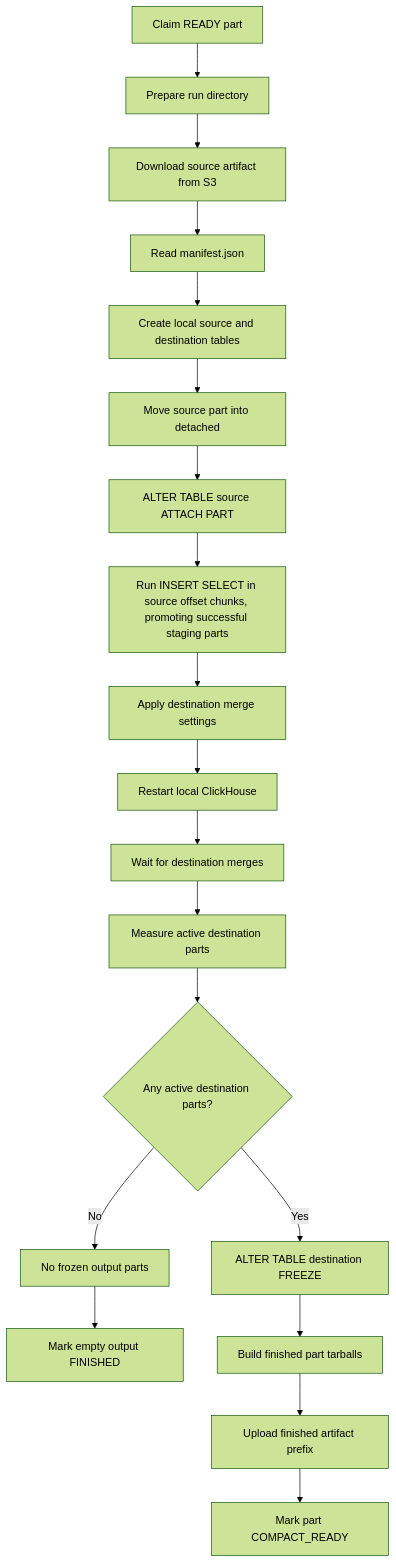
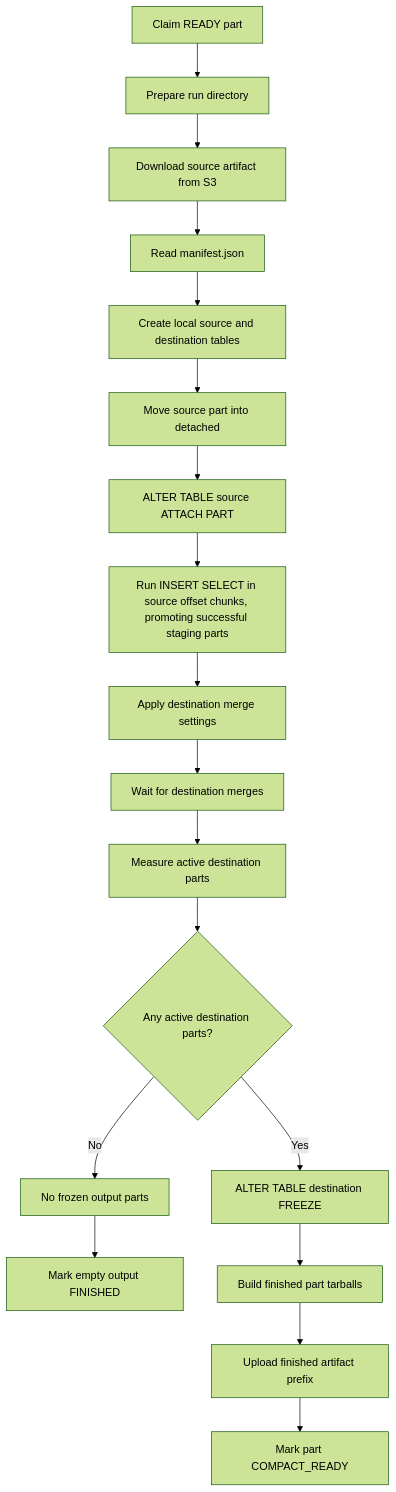
Before and after one commit to PostHog/partforge: the second of 3 diagrams in docs/rewrite-flow.md, drawn with Mermaid (forest theme). The commit also changed other lines of this file and 3 other files, not shown here.

Commit message:
Remove ClickHouse restart after source inserts

````diff
--- a/docs/rewrite-flow.md
+++ b/docs/rewrite-flow.md
@@ -40,21 +40,20 @@
 ```mermaid
 graph TD
     A[Claim READY part] --> B[Prepare run directory]
     B --> C[Download source artifact from S3]
     C --> D[Read manifest.json]
     D --> E[Create local source and destination tables]
     E --> G[Move source part into detached]
     G --> H[ALTER TABLE source ATTACH PART]
     H --> I[Run INSERT SELECT in source offset chunks, promoting successful staging parts]
     I --> J[Apply destination merge settings]
-    J --> K[Restart local ClickHouse]
-    K --> L[Wait for destination merges]
+    J --> L[Wait for destination merges]
     L --> P[Measure active destination parts]
     P --> Q{Any active destination parts?}
     Q -- No --> R[No frozen output parts]
     R --> W[Mark empty output FINISHED]
     Q -- Yes --> S[ALTER TABLE destination FREEZE]
     S --> T[Build finished part tarballs]
     T --> U[Upload finished artifact prefix]
     U --> V[Mark part COMPACT_READY]
 ```
````
